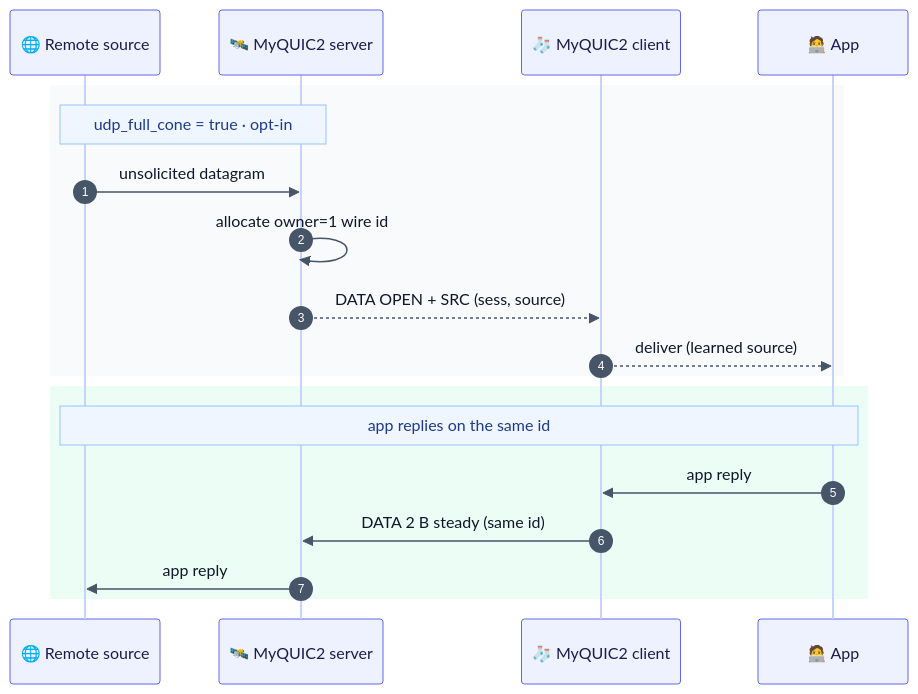
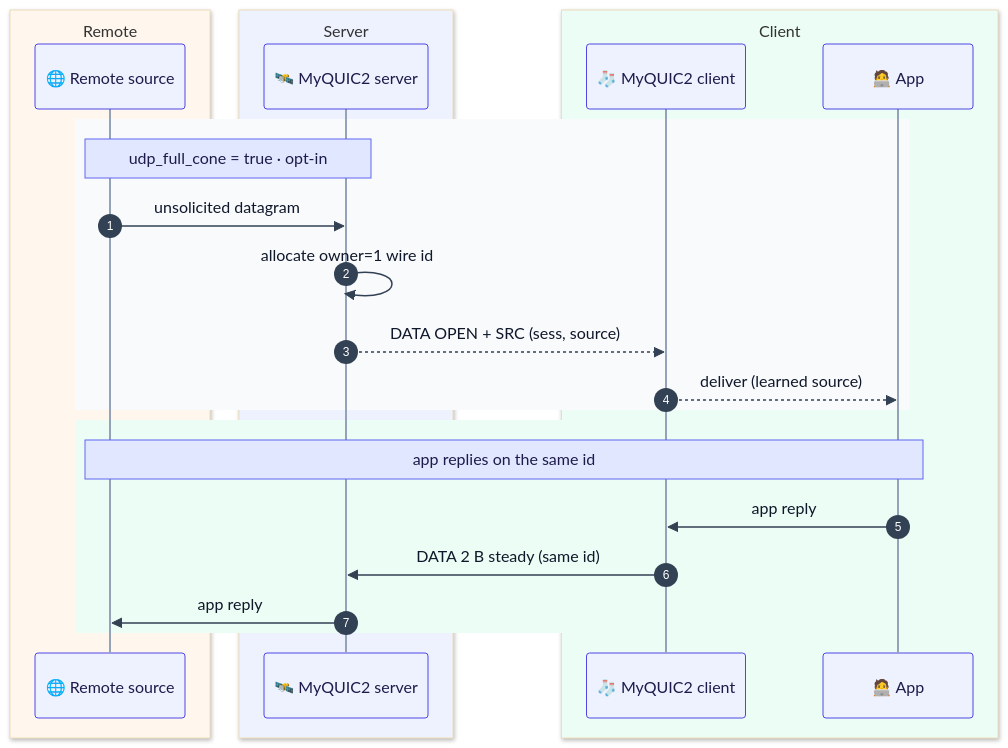
One commit to Terutoki/MyQUIC2 changed diagram 17 of 25 in README.md. Above: the diagram before and after it, drawn with Mermaid. The commit also changed other lines of this file, not shown here.

````diff
--- a/README.md
+++ b/README.md
@@ -841,22 +859,28 @@
 ```mermaid
-%%{init: {"theme":"base","themeVariables":{"fontSize":"15px","actorBkg":"#eef2ff","actorBorder":"#6366f1","actorTextColor":"#1e1b4b","actorLineColor":"#c7d2fe","signalColor":"#475569","signalTextColor":"#0f172a","labelBoxBkgColor":"#f8fafc","labelBoxBorderColor":"#cbd5e1","labelTextColor":"#0f172a","loopTextColor":"#0f172a","noteBkgColor":"#eff6ff","noteBorderColor":"#93c5fd","noteTextColor":"#1e3a8a","activationBkgColor":"#e0e7ff","activationBorderColor":"#6366f1","sequenceNumberBackgroundColor":"#6366f1","sequenceNumberColor":"#ffffff"}} }%%
+%%{init: {"theme":"base","themeVariables":{"fontSize":"14px","actorBkg":"#eef2ff","actorBorder":"#4f46e5","actorTextColor":"#1e1b4b","actorLineColor":"#94a3b8","signalColor":"#334155","signalTextColor":"#0f172a","labelBoxBkgColor":"#e0e7ff","labelBoxBorderColor":"#6366f1","labelTextColor":"#1e1b4b","loopTextColor":"#1e1b4b","noteBkgColor":"#e0e7ff","noteBorderColor":"#6366f1","noteTextColor":"#1e1b4b","activationBkgColor":"#c7d2fe","activationBorderColor":"#4f46e5","sequenceNumberBackgroundColor":"#4f46e5","sequenceNumberColor":"#ffffff"}}}%%
 sequenceDiagram
     autonumber
-    participant Source as 🌐 Remote source
-    participant Server as 🛰️ MyQUIC2 server
-    participant Client as 🧦 MyQUIC2 client
-    participant App as 🧑‍💻 App
+        box rgb(255, 247, 237) Remote
+            participant Source as 🌐 Remote source
+        end
+        box rgb(238, 242, 255) Server
+            participant Server as 🛰️ MyQUIC2 server
+        end
+        box rgb(236, 253, 245) Client
+            participant Client as 🧦 MyQUIC2 client
+            participant App as 🧑‍💻 App
+        end
         rect rgb(248, 250, 252)
             Note over Source,Server: udp_full_cone = true · opt-in
             Source->>Server: unsolicited datagram
             Server->>Server: allocate owner=1 wire id
             Server-->>Client: DATA OPEN + SRC (sess, source)
             Client-->>App: deliver (learned source)
         end
         rect rgb(236, 253, 245)
             Note over App,Source: app replies on the same id
             App->>Client: app reply
             Client->>Server: DATA 2 B steady (same id)
             Server->>Source: app reply
         end
 ```
````
